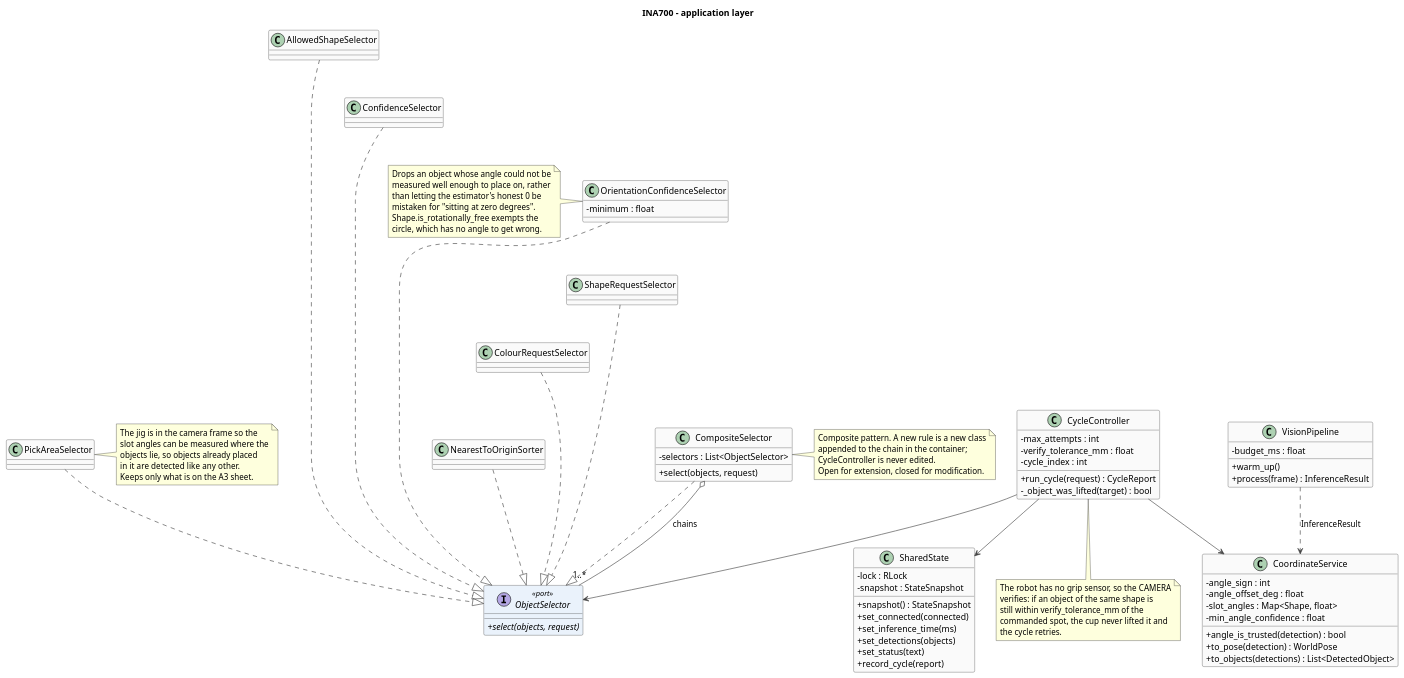
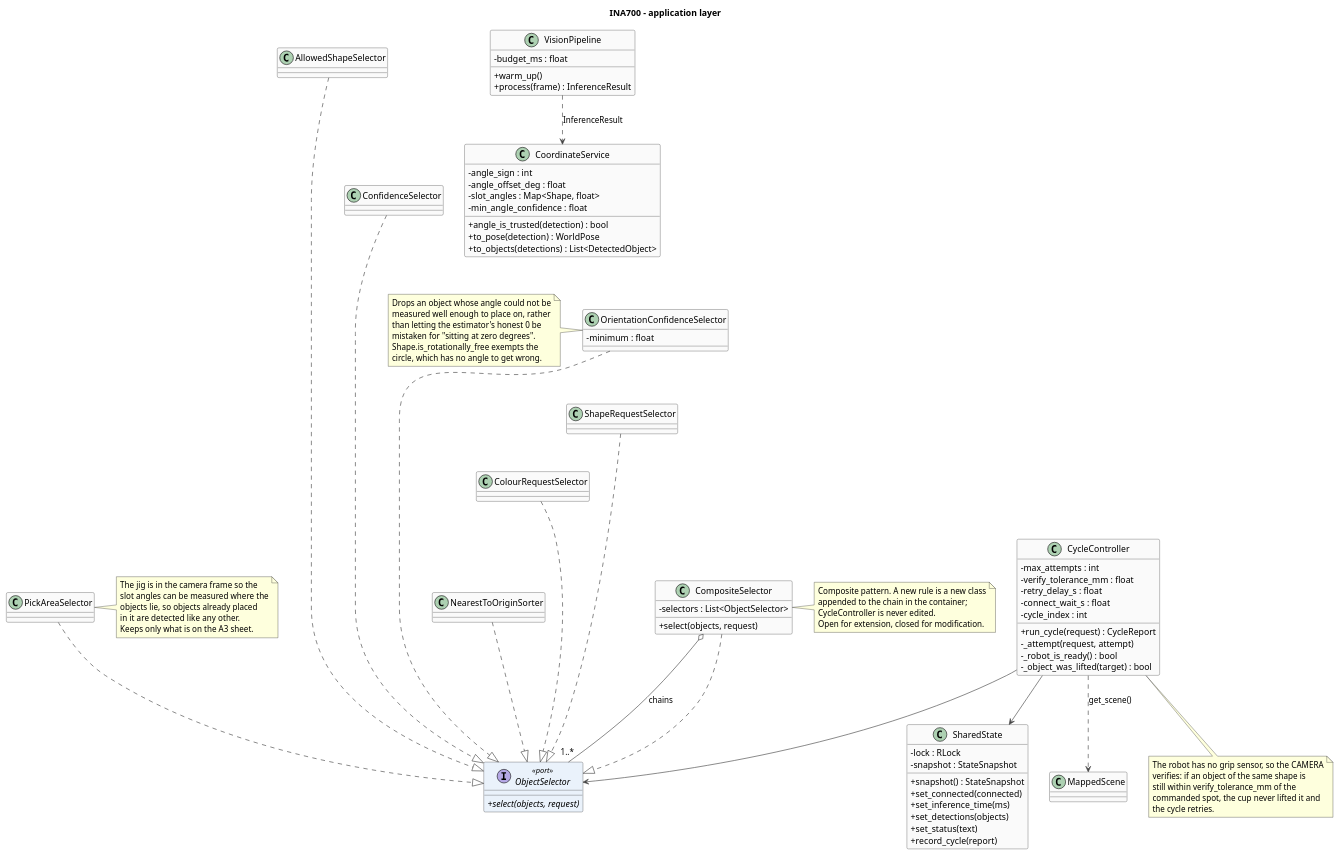
The diagram in docs/uml/05-application.puml (suka1901/project_industrial_automation), drawn with PlantUML before and after one commit. The commit also changed 7 other files, not shown here.

```diff
--- a/docs/uml/05-application.puml
+++ b/docs/uml/05-application.puml
@@ -1,128 +1,132 @@
 @startuml INA700_application
 ' INA700 - application layer
 ' Author: Suraj Karki
 ' Course: INA700 - AI-based pick and place
 '
 ' The use cases. They orchestrate the ports and hold no I/O of their own.
 
 title INA700 - application layer
 
 skinparam backgroundColor #FFFFFF
 skinparam shadowing false
 skinparam classAttributeIconSize 0
 skinparam ArrowColor #444444
 skinparam class {
   BorderColor #333333
   BackgroundColor #FAFAFA
   BackgroundColor<<port>> #EAF2FB
 }
 
 class VisionPipeline {
   -budget_ms : float
   +warm_up()
   +process(frame) : InferenceResult
 }
 
 class CoordinateService {
   -angle_sign : int
   -angle_offset_deg : float
   -slot_angles : Map<Shape, float>
   -min_angle_confidence : float
   +angle_is_trusted(detection) : bool
   +to_pose(detection) : WorldPose
   +to_objects(detections) : List<DetectedObject>
 }
 
 class CycleController {
   -max_attempts : int
   -verify_tolerance_mm : float
+  -retry_delay_s : float
+  -connect_wait_s : float
   -cycle_index : int
   +run_cycle(request) : CycleReport
+  -_attempt(request, attempt)
+  -_robot_is_ready() : bool
   -_object_was_lifted(target) : bool
 }
 
 class SharedState {
   -lock : RLock
   -snapshot : StateSnapshot
   +snapshot() : StateSnapshot
   +set_connected(connected)
   +set_inference_time(ms)
   +set_detections(objects)
   +set_status(text)
   +record_cycle(report)
 }
 
 interface ObjectSelector <<port>> {
   +{abstract} select(objects, request)
 }
 
 class AllowedShapeSelector
 class PickAreaSelector
 class ShapeRequestSelector
 class ColourRequestSelector
 class ConfidenceSelector
 class OrientationConfidenceSelector {
   -minimum : float
 }
 class NearestToOriginSorter
 class CompositeSelector {
   -selectors : List<ObjectSelector>
   +select(objects, request)
 }
 
 AllowedShapeSelector ..|> ObjectSelector
 PickAreaSelector ..|> ObjectSelector
 ShapeRequestSelector ..|> ObjectSelector
 ColourRequestSelector ..|> ObjectSelector
 ConfidenceSelector ..|> ObjectSelector
 OrientationConfidenceSelector ..|> ObjectSelector
 NearestToOriginSorter ..|> ObjectSelector
 CompositeSelector ..|> ObjectSelector
 CompositeSelector o-- "1..*" ObjectSelector : chains
 
-CycleController --> CoordinateService
+CycleController ..> MappedScene : get_scene()
 CycleController --> ObjectSelector
 CycleController --> SharedState
 VisionPipeline ..> CoordinateService : "InferenceResult"
 
 note right of PickAreaSelector
   The jig is in the camera frame so the
   slot angles can be measured where the
   objects lie, so objects already placed
   in it are detected like any other.
   Keeps only what is on the A3 sheet.
 end note
 
 note left of OrientationConfidenceSelector
   Drops an object whose angle could not be
   measured well enough to place on, rather
   than letting the estimator's honest 0 be
   mistaken for "sitting at zero degrees".
   Shape.is_rotationally_free exempts the
   circle, which has no angle to get wrong.
 end note
 
 note right of CompositeSelector
   Composite pattern. A new rule is a new class
   appended to the chain in the container;
   CycleController is never edited.
   Open for extension, closed for modification.
 end note
 
 note bottom of CycleController
   The robot has no grip sensor, so the CAMERA
   verifies: if an object of the same shape is
   still within verify_tolerance_mm of the
   commanded spot, the cup never lifted it and
   the cycle retries.
 end note
 
 ' Hidden edges stack the selector chain into a column; side by side they make
 ' the diagram eight times wider than it is tall.
 AllowedShapeSelector -[hidden]down- ConfidenceSelector
 ConfidenceSelector -[hidden]down- OrientationConfidenceSelector
 OrientationConfidenceSelector -[hidden]down- ShapeRequestSelector
 ShapeRequestSelector -[hidden]down- ColourRequestSelector
 ColourRequestSelector -[hidden]down- NearestToOriginSorter
 
 @enduml
```
